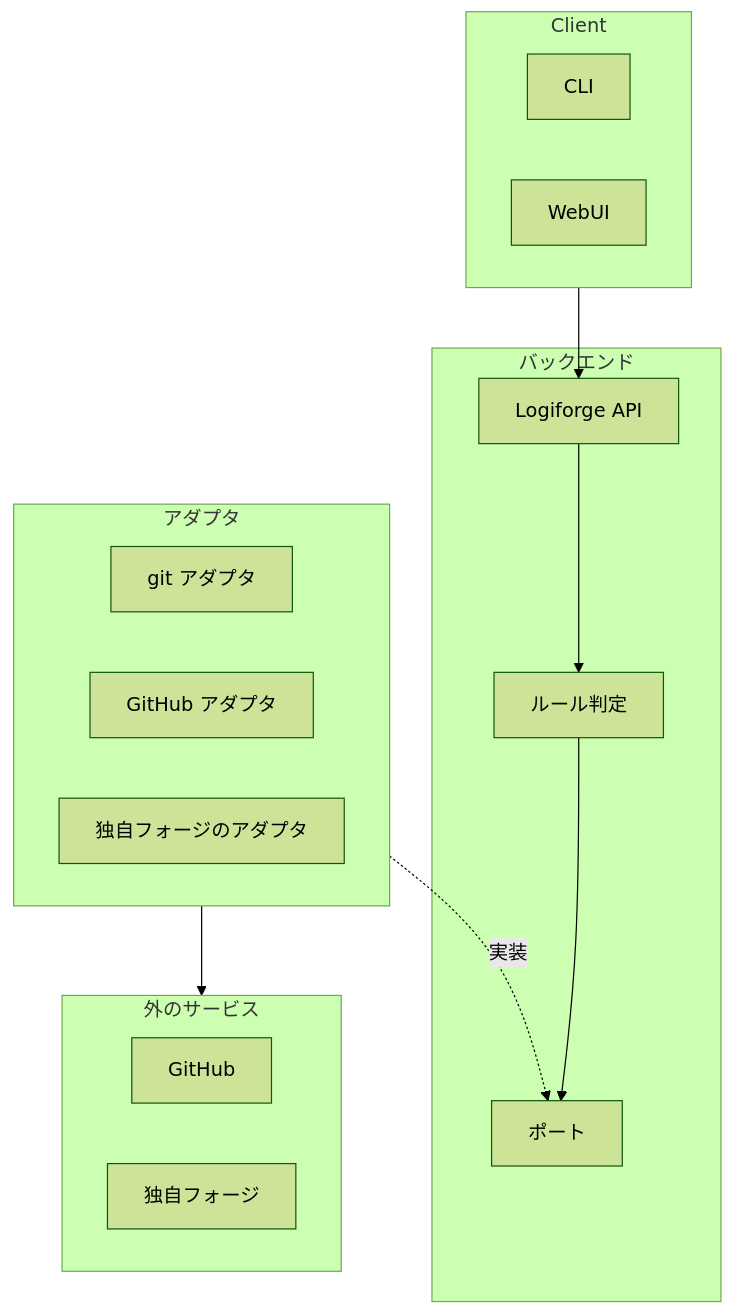
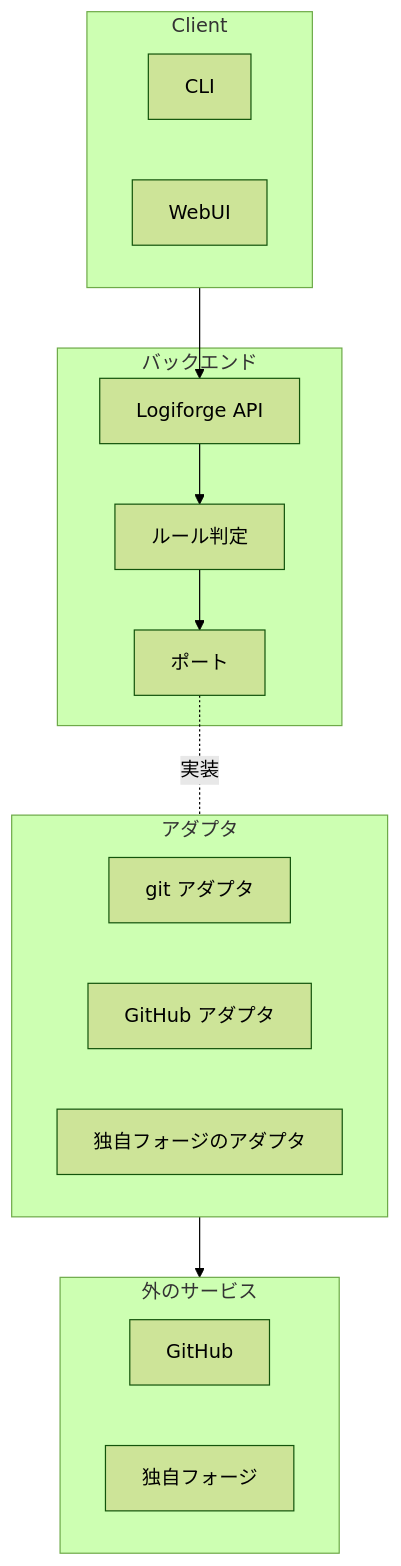
The diagram in design/architecture.md (yamambainc/logiforge), drawn with Mermaid (forest theme) before and after one commit. The commit also changed other lines of this file and 2 other files, not shown here.

Commit message:
design: レイヤー図を、上から呼ぶ側、下に外のサービスの順に並べた

````diff
--- a/design/architecture.md
+++ b/design/architecture.md
@@ -8,26 +8,26 @@
 ```mermaid
 flowchart TB
   subgraph CL["Client"]
     CLI["CLI"]
     WEB["WebUI"]
   end
   subgraph BE["バックエンド"]
     API["Logiforge API"]
     RULE["ルール判定"]
     PT["ポート"]
   end
   subgraph AD["アダプタ"]
     GA["git アダプタ"]
     GHA["GitHub アダプタ"]
     NFA["独自フォージのアダプタ"]
   end
   subgraph EX["外のサービス"]
     GH["GitHub"]
     NF["独自フォージ"]
   end
   CL --> API
   API --> RULE
   RULE --> PT
-  AD -.->|実装| PT
+  PT -.-|実装| AD
   AD --> EX
 ```
````
